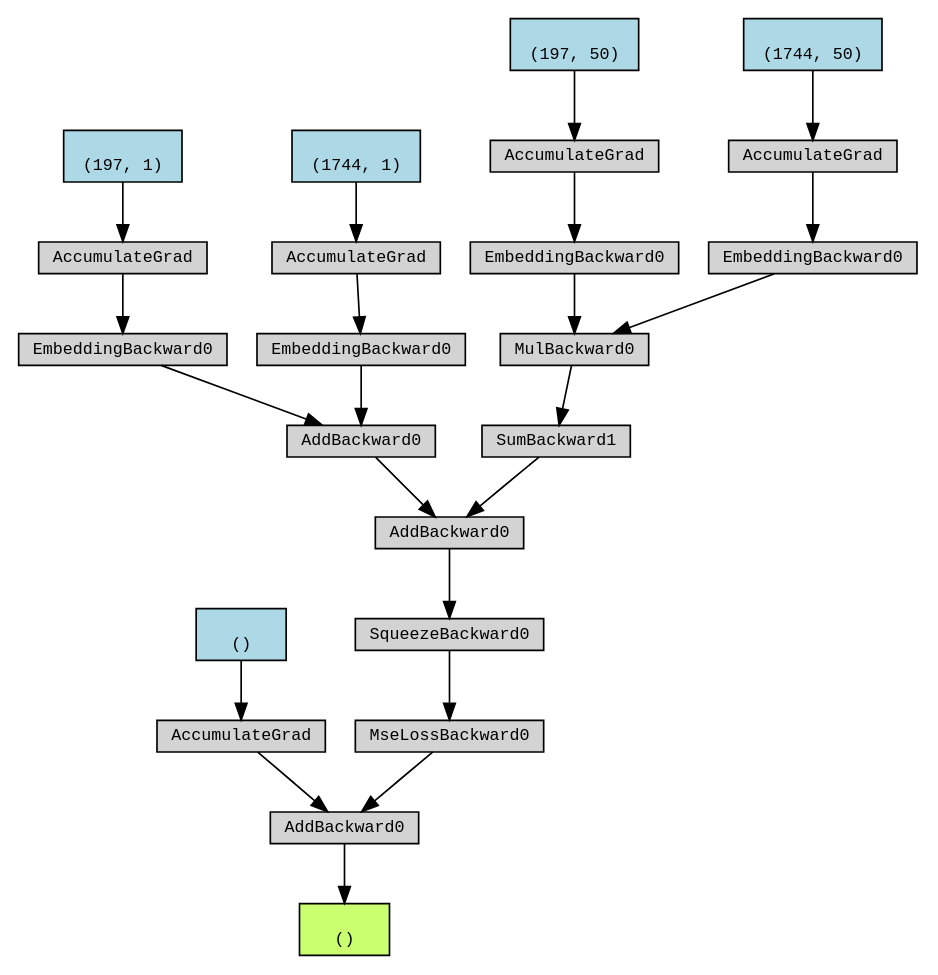
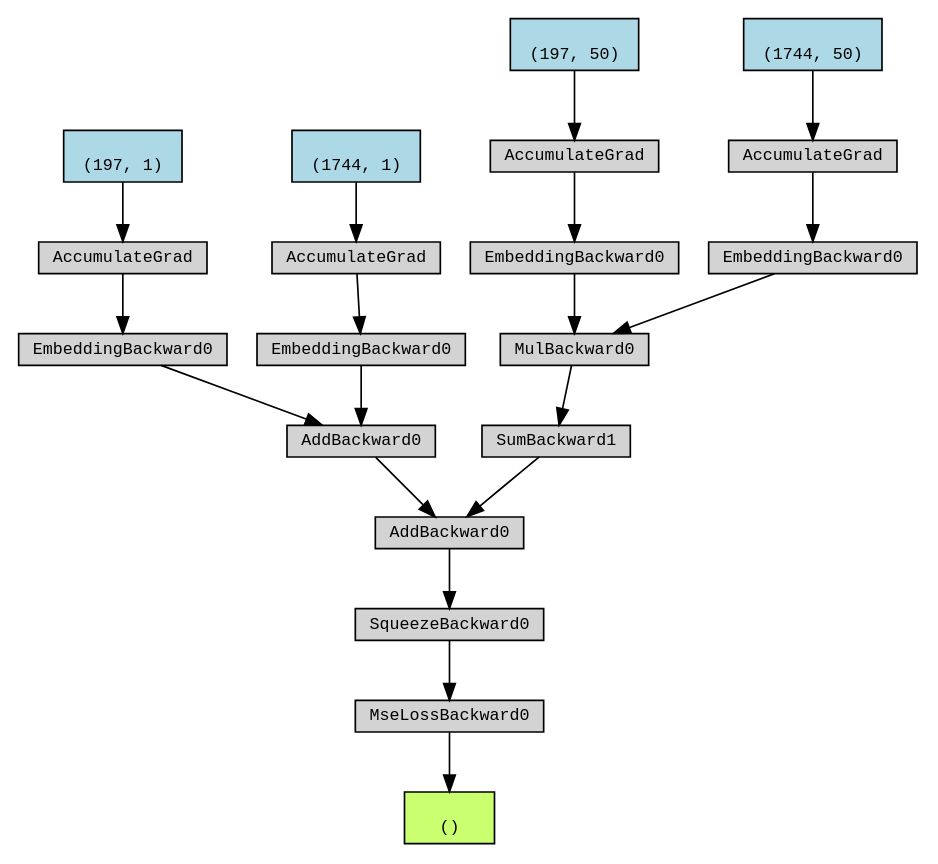
Before and after one commit to asafjo23/outliers-detection: the diagram in examples/Digraph.gv, drawn with Graphviz. The commit also changed 7 other files, not shown here.

```diff
--- a/examples/Digraph.gv
+++ b/examples/Digraph.gv
@@ -1,53 +1,46 @@
 digraph {
 	graph [size="12,12"]
 	node [align=left fontname=monospace fontsize=10 height=0.2 ranksep=0.1 shape=box style=filled]
-	5536392000 [label="
+	5390885856 [label="
  ()" fillcolor=darkolivegreen1]
-	5535891856 [label=AddBackward0]
-	5535891904 -> 5535891856
-	5522781136 [label="
- ()" fillcolor=lightblue]
-	5522781136 -> 5535891904
-	5535891904 [label=AccumulateGrad]
-	5535891760 -> 5535891856
-	5535891760 [label=MseLossBackward0]
-	5535891952 -> 5535891760
-	5535891952 [label=SqueezeBackward0]
-	5535892144 -> 5535891952
-	5535892144 [label=AddBackward0]
-	5535892240 -> 5535892144
-	5535892240 [label=AddBackward0]
-	5535892384 -> 5535892240
-	5535892384 [label=EmbeddingBackward0]
-	5535892528 -> 5535892384
-	5524480192 [label="
+	5391512576 [label=MseLossBackward0]
+	5391511232 -> 5391512576
+	5391511232 [label=SqueezeBackward0]
+	5391515600 -> 5391511232
+	5391515600 [label=AddBackward0]
+	5391515552 -> 5391515600
+	5391515552 [label=AddBackward0]
+	5391511520 -> 5391515552
+	5391511520 [label=EmbeddingBackward0]
+	5367164800 -> 5391511520
+	5370780208 [label="
  (197, 1)" fillcolor=lightblue]
-	5524480192 -> 5535892528
-	5535892528 [label=AccumulateGrad]
-	5535892336 -> 5535892240
-	5535892336 [label=EmbeddingBackward0]
-	5535892624 -> 5535892336
-	5527110736 [label="
+	5370780208 -> 5367164800
+	5367164800 [label=AccumulateGrad]
+	5391511616 -> 5391515552
+	5391511616 [label=EmbeddingBackward0]
+	5367166816 -> 5391511616
+	5391015648 [label="
  (1744, 1)" fillcolor=lightblue]
-	5527110736 -> 5535892624
-	5535892624 [label=AccumulateGrad]
-	5535892192 -> 5535892144
-	5535892192 [label=SumBackward1]
-	5535892720 -> 5535892192
-	5535892720 [label=MulBackward0]
-	5535892480 -> 5535892720
-	5535892480 [label=EmbeddingBackward0]
-	5535892864 -> 5535892480
-	5523422192 [label="
+	5391015648 -> 5367166816
+	5367166816 [label=AccumulateGrad]
+	5391512528 -> 5391515600
+	5391512528 [label=SumBackward1]
+	5367166432 -> 5391512528
+	5367166432 [label=MulBackward0]
+	5367164560 -> 5367166432
+	5367164560 [label=EmbeddingBackward0]
+	5367165088 -> 5367164560
+	5131731248 [label="
  (197, 50)" fillcolor=lightblue]
-	5523422192 -> 5535892864
-	5535892864 [label=AccumulateGrad]
-	5535892432 -> 5535892720
-	5535892432 [label=EmbeddingBackward0]
-	5535892960 -> 5535892432
-	4547387664 [label="
+	5131731248 -> 5367165088
+	5367165088 [label=AccumulateGrad]
+	5367166000 -> 5367166432
+	5367166000 [label=EmbeddingBackward0]
+	5367164656 -> 5367166000
+	5122763376 [label="
  (1744, 50)" fillcolor=lightblue]
-	4547387664 -> 5535892960
-	5535892960 [label=AccumulateGrad]
-	5535891856 -> 5536392000
+	5122763376 -> 5367164656
+	5367164656 [label=AccumulateGrad]
+	5391512576 -> 5390885856
 }
```
